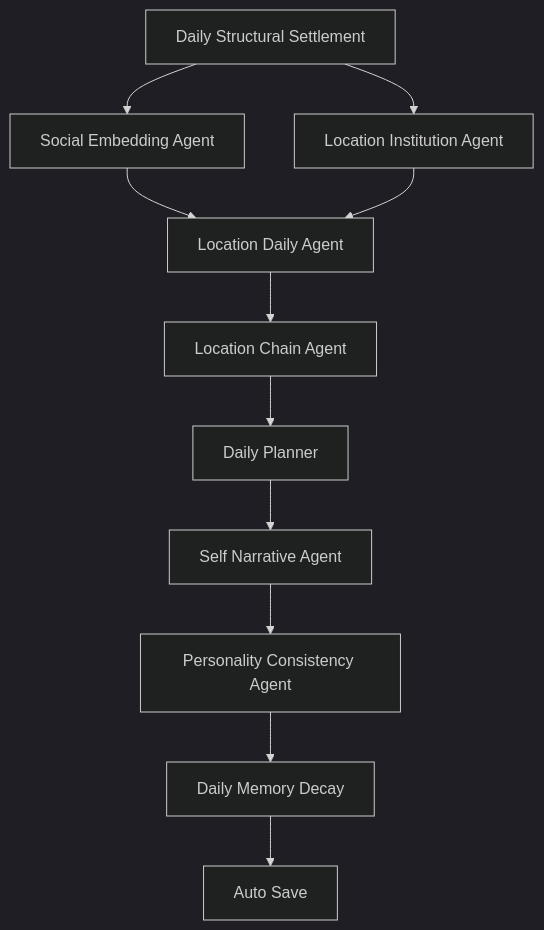
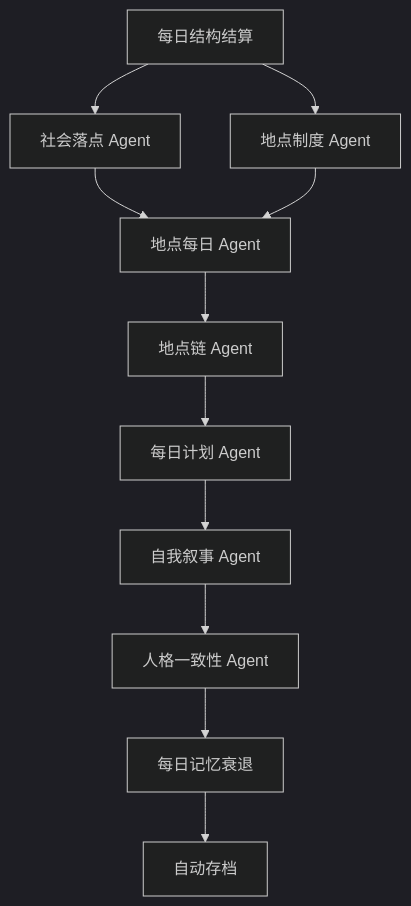
The fourth of 4 diagrams in README.md (Whom001x/agentbox-town), drawn with Mermaid (dark theme) before and after one commit. The commit also changed other lines of this file, not shown here.

````diff
--- a/README.md
+++ b/README.md
@@ -82,13 +84,13 @@
 ```mermaid
 flowchart TD
-  A[Daily Structural Settlement] --> B[Social Embedding Agent]
-  A --> C[Location Institution Agent]
-  B --> D[Location Daily Agent]
+  A[每日结构结算] --> B[社会落点 Agent]
+  A --> C[地点制度 Agent]
+  B --> D[地点每日 Agent]
   C --> D
-  D --> E[Location Chain Agent]
-  E --> F[Daily Planner]
-  F --> G[Self Narrative Agent]
-  G --> H[Personality Consistency Agent]
-  H --> I[Daily Memory Decay]
-  I --> J[Auto Save]
+  D --> E[地点链 Agent]
+  E --> F[每日计划 Agent]
+  F --> G[自我叙事 Agent]
+  G --> H[人格一致性 Agent]
+  H --> I[每日记忆衰退]
+  I --> J[自动存档]
 ```
````
